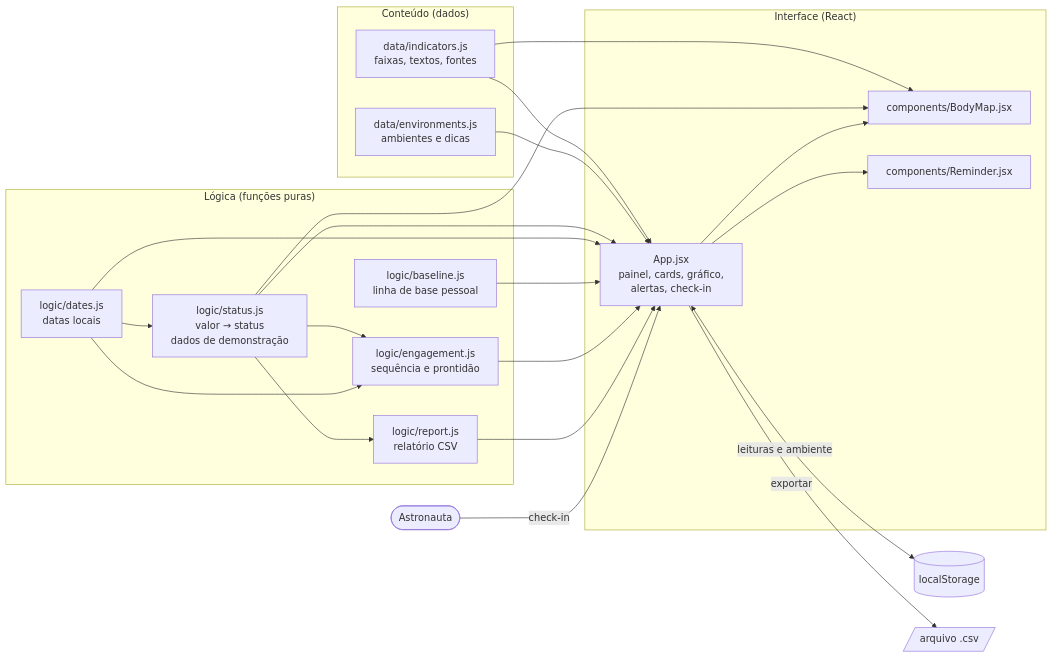
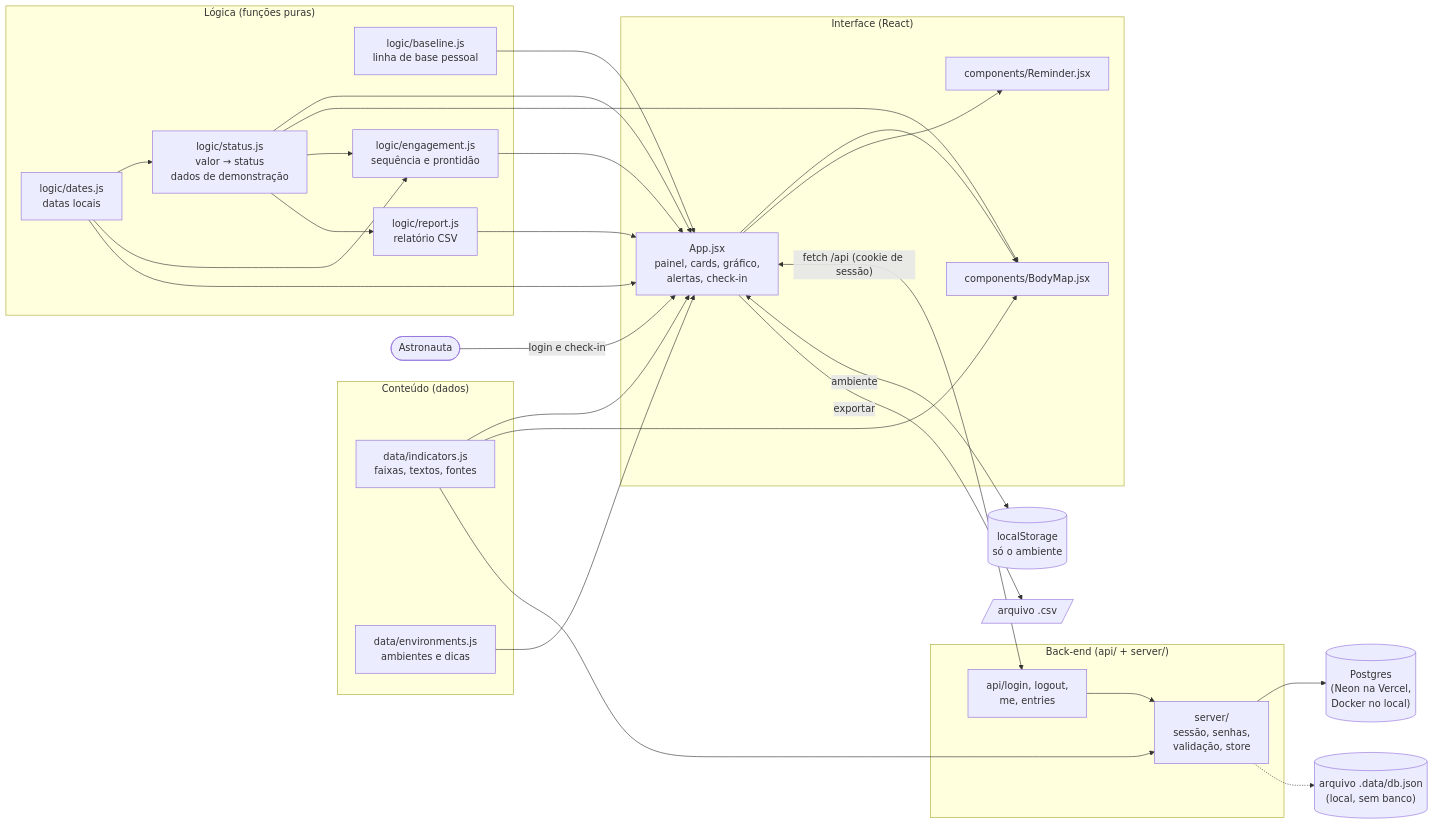
One commit to arthursouto09/Health-Monitoring-Software changed the first of 3 diagrams in docs/arquitetura.md. Above: the diagram before and after it, drawn with Mermaid. The commit also changed other lines of this file and 6 other files, not shown here.

Commit message:
docs: documenta o back-end, o login, a revisão do check-in, o Docker e o deploy na Vercel

````diff
--- a/docs/arquitetura.md
+++ b/docs/arquitetura.md
@@ -7,37 +10,49 @@
 ```mermaid
 flowchart LR
     subgraph Conteudo["Conteúdo (dados)"]
         IND["data/indicators.js<br/>faixas, textos, fontes"]
         ENV["data/environments.js<br/>ambientes e dicas"]
     end
 
     subgraph Logica["Lógica (funções puras)"]
         STATUS["logic/status.js<br/>valor → status<br/>dados de demonstração"]
         BASE["logic/baseline.js<br/>linha de base pessoal"]
         ENG["logic/engagement.js<br/>sequência e prontidão"]
         REP["logic/report.js<br/>relatório CSV"]
         DATES["logic/dates.js<br/>datas locais"]
     end
 
     subgraph UI["Interface (React)"]
         APP["App.jsx<br/>painel, cards, gráfico,<br/>alertas, check-in"]
         BODY["components/BodyMap.jsx"]
         REM["components/Reminder.jsx"]
     end
 
-    LS[("localStorage")]
+    subgraph Back["Back-end (api/ + server/)"]
+        API["api/login, logout,<br/>me, entries"]
+        SRV["server/<br/>sessão, senhas,<br/>validação, store"]
+    end
+
+    DB[("Postgres<br/>(Neon na Vercel,<br/>Docker no local)")]
+    JSONF[("arquivo .data/db.json<br/>(local, sem banco)")]
+    LS[("localStorage<br/>só o ambiente")]
     USER(["Astronauta"])
     FILE[/"arquivo .csv"/]
 
     IND --> APP & BODY
     ENV --> APP
     STATUS --> APP & BODY & ENG & REP
     DATES --> STATUS & ENG & APP
     BASE --> APP
     ENG --> APP
     REP --> APP
     APP --> BODY & REM
-    USER -- check-in --> APP
-    APP <-- leituras e ambiente --> LS
+    USER -- login e check-in --> APP
+    APP <-- "fetch /api (cookie de sessão)" --> API
+    API --> SRV
+    IND --> SRV
+    SRV --> DB
+    SRV -.-> JSONF
+    APP <-- ambiente --> LS
     APP -- exportar --> FILE
 ```
````
